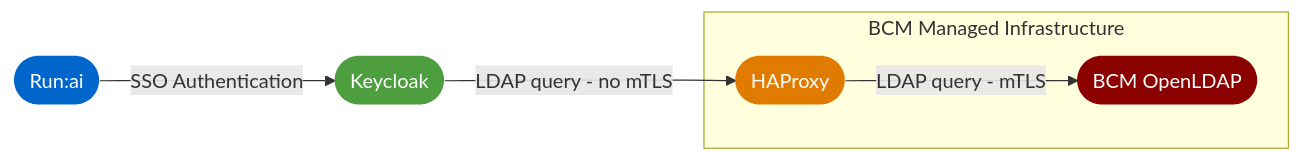
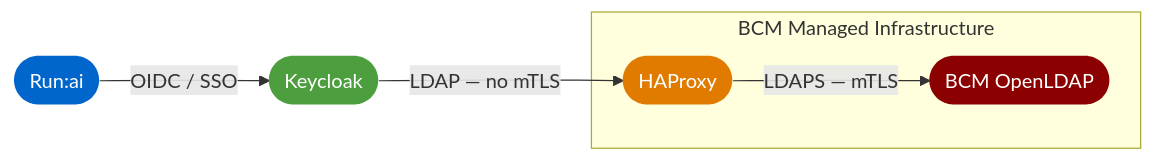
The diagram in README.md (RHudsonH/sso_for_run_in_bcm), drawn with Mermaid before and after one commit. The commit also changed other lines of this file and 3 other files, not shown here.

````diff
--- a/README.md
+++ b/README.md
@@ -9,14 +7,14 @@
 ```mermaid
 flowchart LR
-    R([Run:ai]) -->|SSO Authentication| K([Keycloak])
-    K -->|LDAP query - no mTLS| H([HAProxy])
+    R([Run:ai]) -->|OIDC / SSO| K([Keycloak])
+    K -->|LDAP — no mTLS| H([HAProxy])
 
     subgraph BCM Managed Infrastructure
-        H([HAProxy]) -->|LDAP query - mTLS| L([BCM OpenLDAP])
+        H([HAProxy]) -->|LDAPS — mTLS| L([BCM OpenLDAP])
     end
 
     style R fill:#0066cc,color:#fff,stroke:none
     style K fill:#4d9e3f,color:#fff,stroke:none
     style H fill:#e07b00,color:#fff,stroke:none
     style L fill:#8b0000,color:#fff,stroke:none
 ```
````
